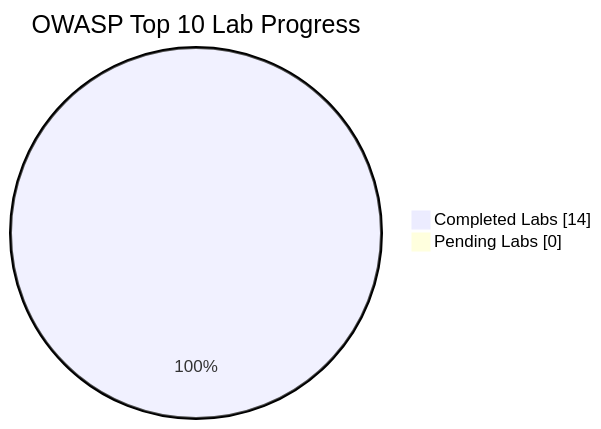
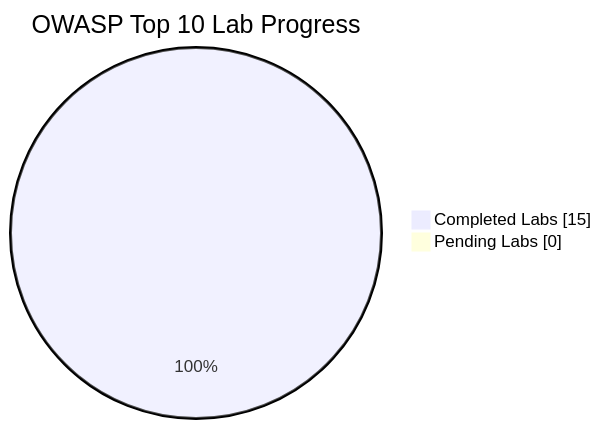
The diagram in README.md (Nish344/owasp-top10-web-security), drawn with Mermaid before and after one commit. The commit also changed other lines of this file and 1 other file, not shown here.

````diff
--- a/README.md
+++ b/README.md
@@ -12,6 +12,6 @@
 ```mermaid
 pie showData
   title OWASP Top 10 Lab Progress
-  "Completed Labs" : 14
+  "Completed Labs" : 15
   "Pending Labs" : 0
 ```
````
